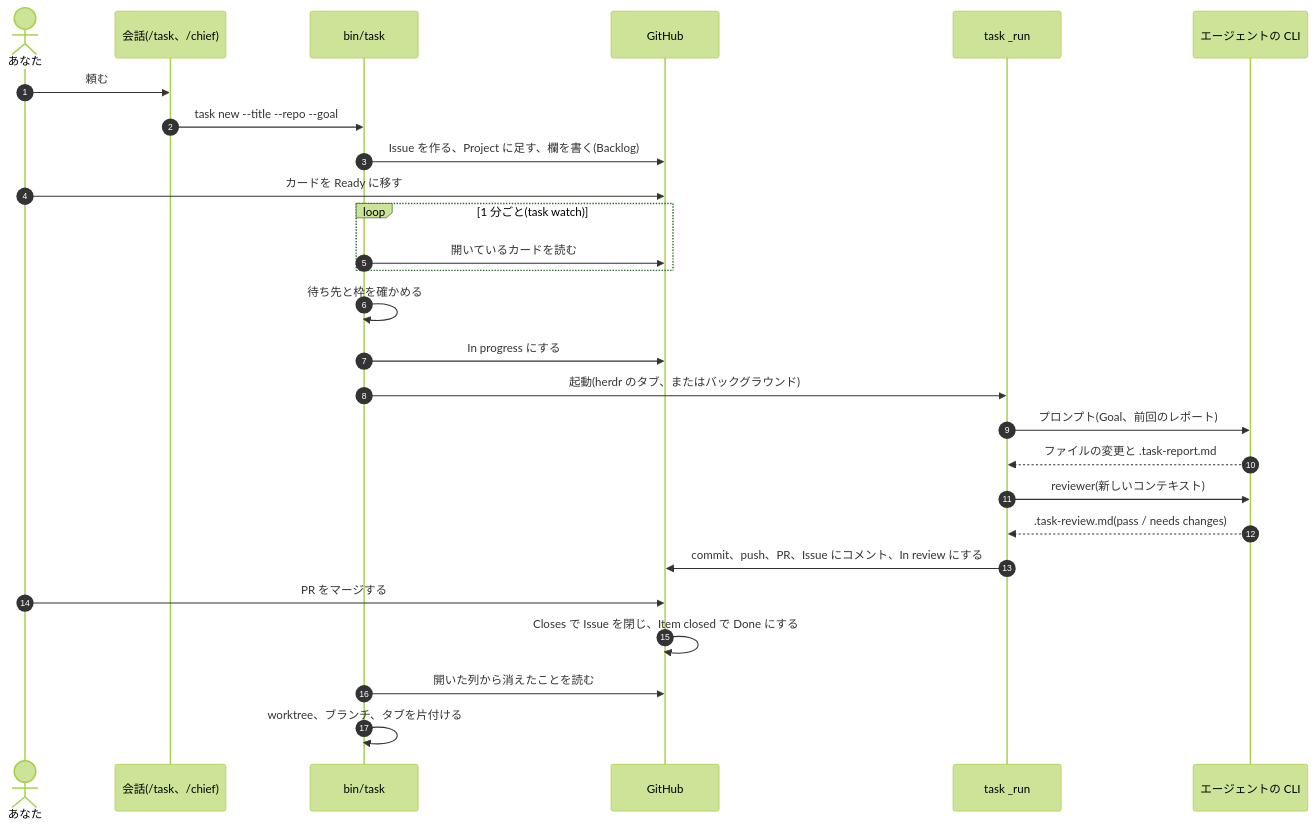
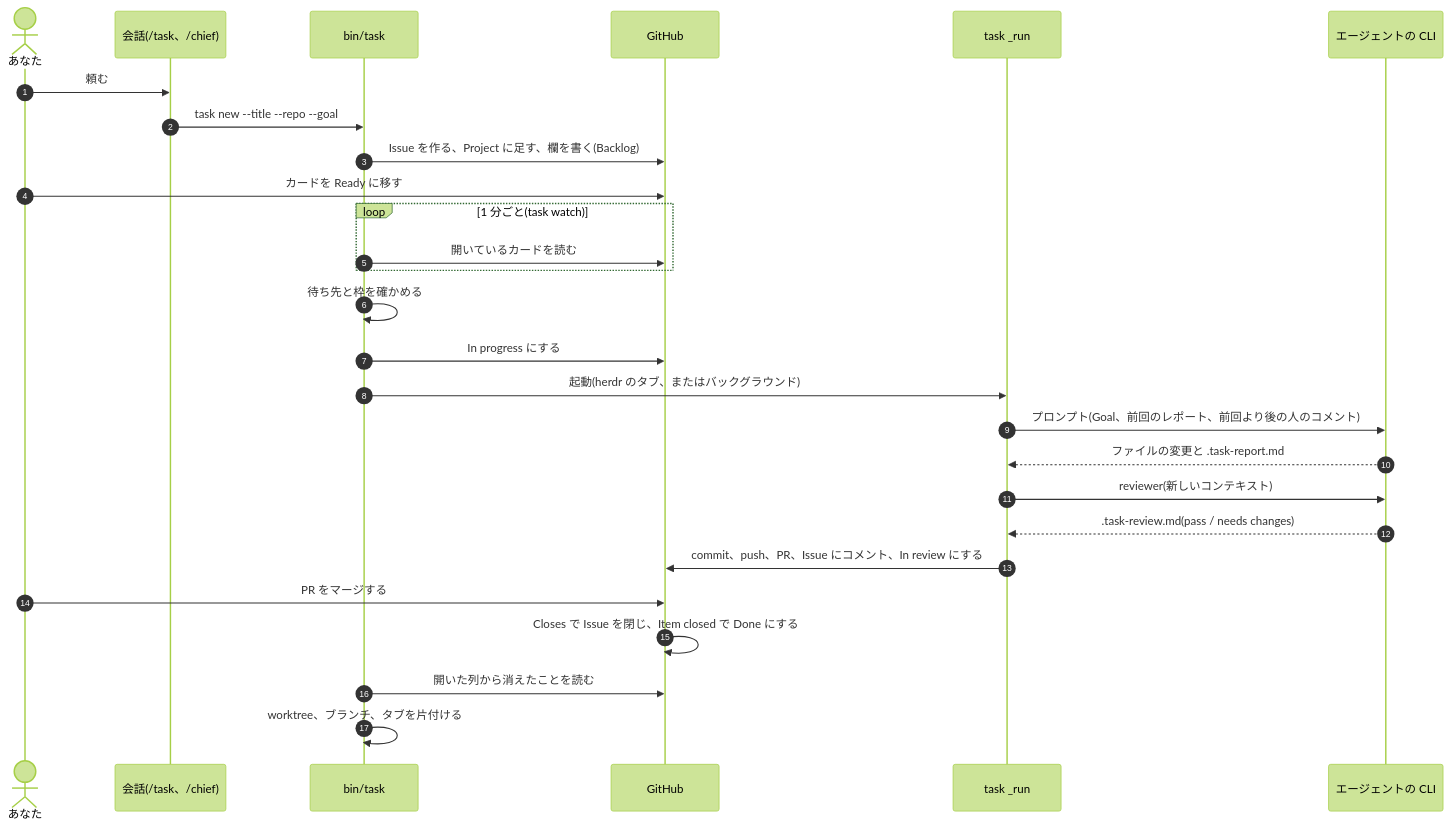
The third of 6 diagrams in docs/architecture/hld.md (jyoka/task-hub), drawn with Mermaid (forest theme) before and after one commit. The commit also changed other lines of this file and 11 other files, not shown here.

````diff
--- a/docs/architecture/hld.md
+++ b/docs/architecture/hld.md
@@ -135,30 +135,30 @@
 ```mermaid
 sequenceDiagram
     autonumber
     actor You as あなた
     participant Chat as 会話(/task、/chief)
     participant Task as bin/task
     participant GH as GitHub
     participant Run as task _run
     participant Agent as エージェントの CLI
 
     You->>Chat: 頼む
     Chat->>Task: task new --title --repo --goal
     Task->>GH: Issue を作る、Project に足す、欄を書く(Backlog)
     You->>GH: カードを Ready に移す
     loop 1 分ごと(task watch)
         Task->>GH: 開いているカードを読む
     end
     Task->>Task: 待ち先と枠を確かめる
     Task->>GH: In progress にする
     Task->>Run: 起動(herdr のタブ、またはバックグラウンド)
-    Run->>Agent: プロンプト(Goal、前回のレポート)
+    Run->>Agent: プロンプト(Goal、前回のレポート、前回より後の人のコメント)
     Agent-->>Run: ファイルの変更と .task-report.md
     Run->>Agent: reviewer(新しいコンテキスト)
     Agent-->>Run: .task-review.md(pass / needs changes)
     Run->>GH: commit、push、PR、Issue にコメント、In review にする
     You->>GH: PR をマージする
     GH->>GH: Closes で Issue を閉じ、Item closed で Done にする
     Task->>GH: 開いた列から消えたことを読む
     Task->>Task: worktree、ブランチ、タブを片付ける
 ```
````
